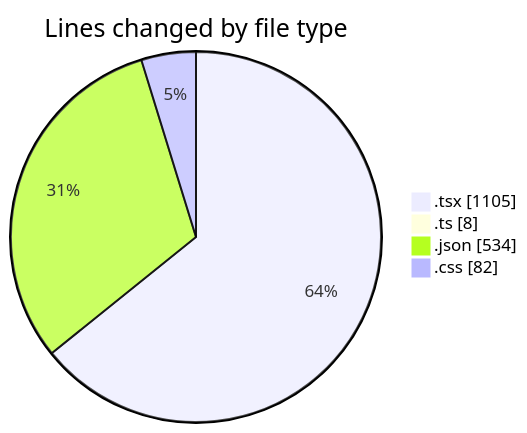
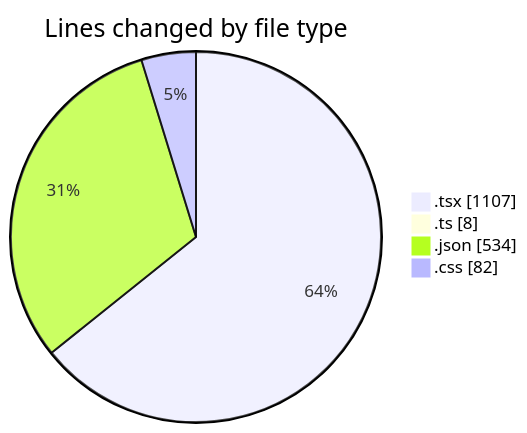
One commit to EIIisD/code-tracking changed the first of 2 diagrams in 2025-08-02/tw-server/README.md. Above: the diagram before and after it, drawn with Mermaid. The commit also changed other lines of this file and 1 other file, not shown here.

````diff
--- a/2025-08-02/tw-server/README.md
+++ b/2025-08-02/tw-server/README.md
@@ -25,8 +25,8 @@
 ```mermaid
 pie showData
 title Lines changed by file type
-".tsx" : 1105
+".tsx" : 1107
 ".ts" : 8
 ".json" : 534
 ".css" : 82
 ```
````
